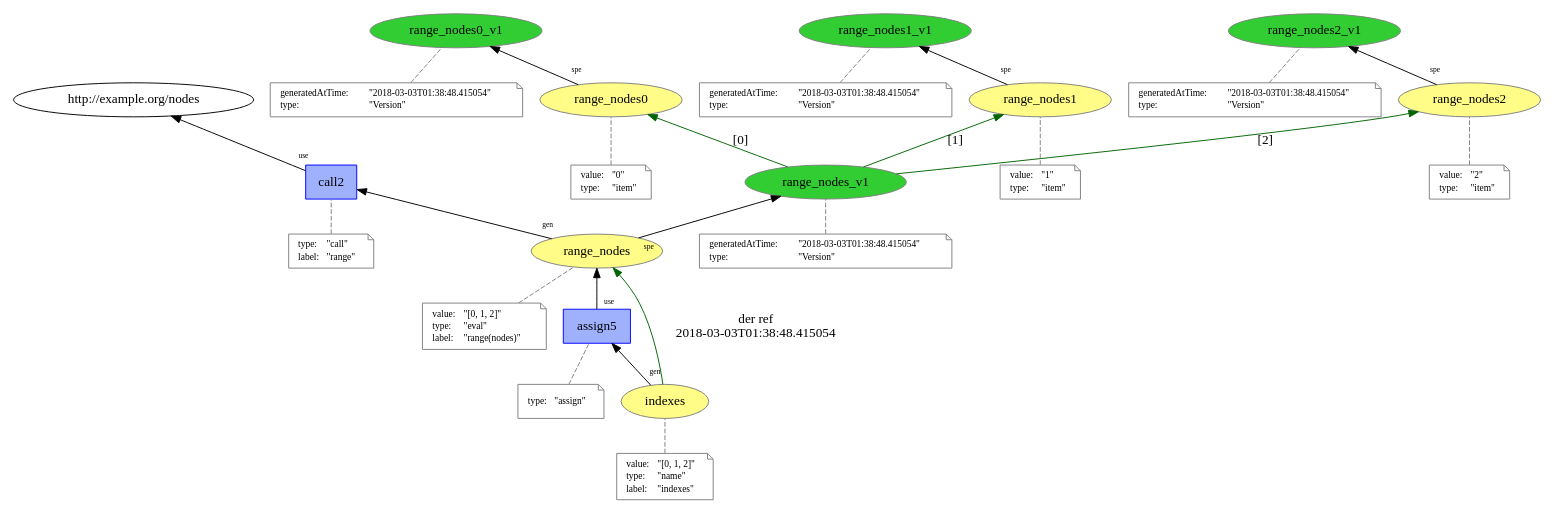
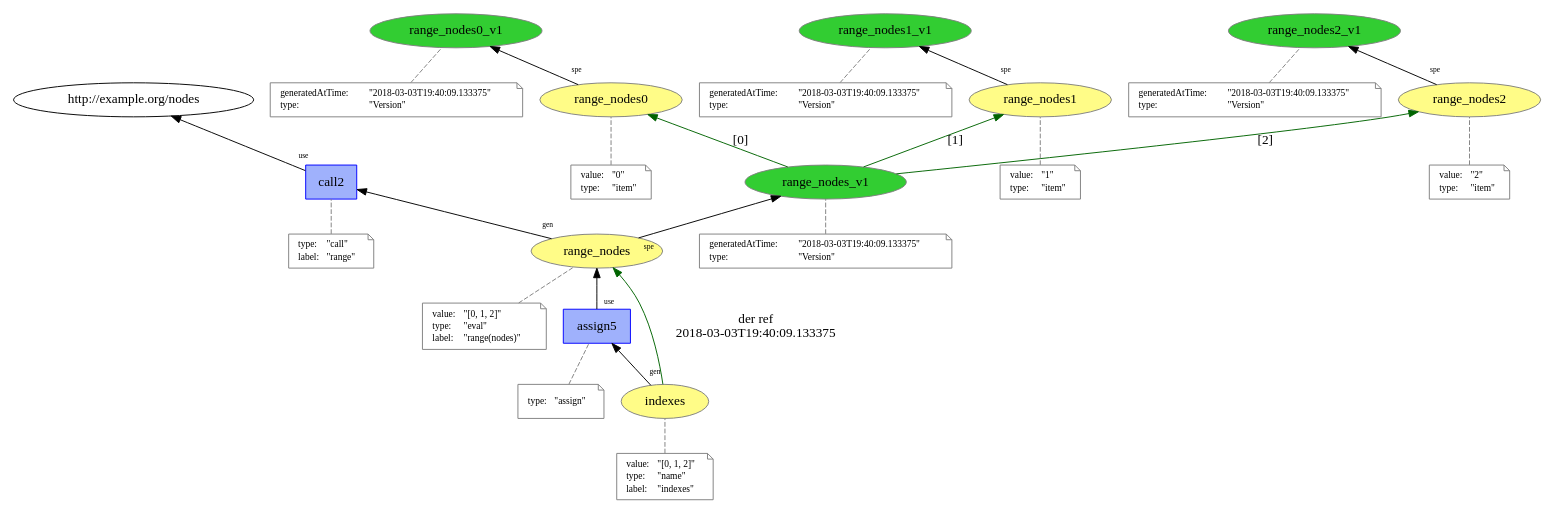
The diagram in intertwined_prov/temp/L8__func_call__list_assign.dot (dew-uff/versioned-prov), drawn with Graphviz before and after one commit. The commit also changed 1451 other files, not shown here.

```diff
--- a/intertwined_prov/temp/L8__func_call__list_assign.dot
+++ b/intertwined_prov/temp/L8__func_call__list_assign.dot
@@ -1,151 +1,151 @@
 digraph "PROV" { size="16,12"; rankdir="BT";
 "http://example.org/range_nodes" [fillcolor="#FFFC87",color="#808080",style="filled",label="range_nodes",URL="http://example.org/range_nodes"]
 "-attrs0" [color="gray",shape="note",fontsize="10",fontcolor="black",label=<<TABLE cellpadding="0" border="0">
 	<TR>
 	    <TD align="left">value:</TD>
 	    <TD align="left">&quot;[0, 1, 2]&quot;</TD>
 	</TR>
 	<TR>
 	    <TD align="left">type:</TD>
 	    <TD align="left">&quot;eval&quot;</TD>
 	</TR>
 	<TR>
 	    <TD align="left">label:</TD>
 	    <TD align="left">&quot;range(nodes)&quot;</TD>
 	</TR>
 </TABLE>>]
 "-attrs0" -> "http://example.org/range_nodes" [color="gray",style="dashed",arrowhead="none"]
 "http://example.org/range_nodes_v1" [fillcolor="#32CD32",color="#808080",style="filled",label="range_nodes_v1",URL="http://example.org/range_nodes_v1"]
 "-attrs1" [color="gray",shape="note",fontsize="10",fontcolor="black",label=<<TABLE cellpadding="0" border="0">
 	<TR>
 	    <TD align="left">generatedAtTime:</TD>
-	    <TD align="left">&quot;2018-03-03T01:38:48.415054&quot;</TD>
+	    <TD align="left">&quot;2018-03-03T19:40:09.133375&quot;</TD>
 	</TR>
 	<TR>
 	    <TD align="left">type:</TD>
 	    <TD align="left">&quot;Version&quot;</TD>
 	</TR>
 </TABLE>>]
 "-attrs1" -> "http://example.org/range_nodes_v1" [color="gray",style="dashed",arrowhead="none"]
 "http://example.org/range_nodes" -> "http://example.org/range_nodes_v1" [labelfontsize="8",labeldistance="1.5",labelangle="60.0",rotation="20",taillabel="spe"]
 "http://example.org/range_nodes0" [fillcolor="#FFFC87",color="#808080",style="filled",label="range_nodes0",URL="http://example.org/range_nodes0"]
 "-attrs2" [color="gray",shape="note",fontsize="10",fontcolor="black",label=<<TABLE cellpadding="0" border="0">
 	<TR>
 	    <TD align="left">value:</TD>
 	    <TD align="left">&quot;0&quot;</TD>
 	</TR>
 	<TR>
 	    <TD align="left">type:</TD>
 	    <TD align="left">&quot;item&quot;</TD>
 	</TR>
 </TABLE>>]
 "-attrs2" -> "http://example.org/range_nodes0" [color="gray",style="dashed",arrowhead="none"]
 "http://example.org/range_nodes0_v1" [fillcolor="#32CD32",color="#808080",style="filled",label="range_nodes0_v1",URL="http://example.org/range_nodes0_v1"]
 "-attrs3" [color="gray",shape="note",fontsize="10",fontcolor="black",label=<<TABLE cellpadding="0" border="0">
 	<TR>
 	    <TD align="left">generatedAtTime:</TD>
-	    <TD align="left">&quot;2018-03-03T01:38:48.415054&quot;</TD>
+	    <TD align="left">&quot;2018-03-03T19:40:09.133375&quot;</TD>
 	</TR>
 	<TR>
 	    <TD align="left">type:</TD>
 	    <TD align="left">&quot;Version&quot;</TD>
 	</TR>
 </TABLE>>]
 "-attrs3" -> "http://example.org/range_nodes0_v1" [color="gray",style="dashed",arrowhead="none"]
 "http://example.org/range_nodes0" -> "http://example.org/range_nodes0_v1" [labelfontsize="8",labeldistance="1.5",labelangle="60.0",rotation="20",taillabel="spe"]
 "http://example.org/range_nodes_v1" -> "http://example.org/range_nodes0" [labelfontsize="8",labeldistance="1.5",color="darkgreen",labelangle="60.0",rotation="20",label="[0]"]
 "http://example.org/range_nodes1" [fillcolor="#FFFC87",color="#808080",style="filled",label="range_nodes1",URL="http://example.org/range_nodes1"]
 "-attrs4" [color="gray",shape="note",fontsize="10",fontcolor="black",label=<<TABLE cellpadding="0" border="0">
 	<TR>
 	    <TD align="left">value:</TD>
 	    <TD align="left">&quot;1&quot;</TD>
 	</TR>
 	<TR>
 	    <TD align="left">type:</TD>
 	    <TD align="left">&quot;item&quot;</TD>
 	</TR>
 </TABLE>>]
 "-attrs4" -> "http://example.org/range_nodes1" [color="gray",style="dashed",arrowhead="none"]
 "http://example.org/range_nodes1_v1" [fillcolor="#32CD32",color="#808080",style="filled",label="range_nodes1_v1",URL="http://example.org/range_nodes1_v1"]
 "-attrs5" [color="gray",shape="note",fontsize="10",fontcolor="black",label=<<TABLE cellpadding="0" border="0">
 	<TR>
 	    <TD align="left">generatedAtTime:</TD>
-	    <TD align="left">&quot;2018-03-03T01:38:48.415054&quot;</TD>
+	    <TD align="left">&quot;2018-03-03T19:40:09.133375&quot;</TD>
 	</TR>
 	<TR>
 	    <TD align="left">type:</TD>
 	    <TD align="left">&quot;Version&quot;</TD>
 	</TR>
 </TABLE>>]
 "-attrs5" -> "http://example.org/range_nodes1_v1" [color="gray",style="dashed",arrowhead="none"]
 "http://example.org/range_nodes1" -> "http://example.org/range_nodes1_v1" [labelfontsize="8",labeldistance="1.5",labelangle="60.0",rotation="20",taillabel="spe"]
 "http://example.org/range_nodes_v1" -> "http://example.org/range_nodes1" [labelfontsize="8",labeldistance="1.5",color="darkgreen",labelangle="60.0",rotation="20",label="[1]"]
 "http://example.org/range_nodes2" [fillcolor="#FFFC87",color="#808080",style="filled",label="range_nodes2",URL="http://example.org/range_nodes2"]
 "-attrs6" [color="gray",shape="note",fontsize="10",fontcolor="black",label=<<TABLE cellpadding="0" border="0">
 	<TR>
 	    <TD align="left">value:</TD>
 	    <TD align="left">&quot;2&quot;</TD>
 	</TR>
 	<TR>
 	    <TD align="left">type:</TD>
 	    <TD align="left">&quot;item&quot;</TD>
 	</TR>
 </TABLE>>]
 "-attrs6" -> "http://example.org/range_nodes2" [color="gray",style="dashed",arrowhead="none"]
 "http://example.org/range_nodes2_v1" [fillcolor="#32CD32",color="#808080",style="filled",label="range_nodes2_v1",URL="http://example.org/range_nodes2_v1"]
 "-attrs7" [color="gray",shape="note",fontsize="10",fontcolor="black",label=<<TABLE cellpadding="0" border="0">
 	<TR>
 	    <TD align="left">generatedAtTime:</TD>
-	    <TD align="left">&quot;2018-03-03T01:38:48.415054&quot;</TD>
+	    <TD align="left">&quot;2018-03-03T19:40:09.133375&quot;</TD>
 	</TR>
 	<TR>
 	    <TD align="left">type:</TD>
 	    <TD align="left">&quot;Version&quot;</TD>
 	</TR>
 </TABLE>>]
 "-attrs7" -> "http://example.org/range_nodes2_v1" [color="gray",style="dashed",arrowhead="none"]
 "http://example.org/range_nodes2" -> "http://example.org/range_nodes2_v1" [labelfontsize="8",labeldistance="1.5",labelangle="60.0",rotation="20",taillabel="spe"]
 "http://example.org/range_nodes_v1" -> "http://example.org/range_nodes2" [labelfontsize="8",labeldistance="1.5",color="darkgreen",labelangle="60.0",rotation="20",label="[2]"]
 "http://example.org/call2" [fillcolor="#9FB1FC",color="#0000FF",shape="polygon",sides="4",style="filled",label="call2",URL="http://example.org/call2"]
 "-attrs8" [color="gray",shape="note",fontsize="10",fontcolor="black",label=<<TABLE cellpadding="0" border="0">
 	<TR>
 	    <TD align="left">type:</TD>
 	    <TD align="left">&quot;call&quot;</TD>
 	</TR>
 	<TR>
 	    <TD align="left">label:</TD>
 	    <TD align="left">&quot;range&quot;</TD>
 	</TR>
 </TABLE>>]
 "-attrs8" -> "http://example.org/call2" [color="gray",style="dashed",arrowhead="none"]
 "http://example.org/call2" -> "http://example.org/nodes" [labelfontsize="8",labeldistance="1.5",labelangle="60.0",rotation="20",taillabel="use"]
 "http://example.org/range_nodes" -> "http://example.org/call2" [labelfontsize="8",labeldistance="1.5",labelangle="60.0",rotation="20",taillabel="gen"]
 "http://example.org/indexes" [fillcolor="#FFFC87",color="#808080",style="filled",label="indexes",URL="http://example.org/indexes"]
 "-attrs9" [color="gray",shape="note",fontsize="10",fontcolor="black",label=<<TABLE cellpadding="0" border="0">
 	<TR>
 	    <TD align="left">value:</TD>
 	    <TD align="left">&quot;[0, 1, 2]&quot;</TD>
 	</TR>
 	<TR>
 	    <TD align="left">type:</TD>
 	    <TD align="left">&quot;name&quot;</TD>
 	</TR>
 	<TR>
 	    <TD align="left">label:</TD>
 	    <TD align="left">&quot;indexes&quot;</TD>
 	</TR>
 </TABLE>>]
 "-attrs9" -> "http://example.org/indexes" [color="gray",style="dashed",arrowhead="none"]
 "http://example.org/assign5" [fillcolor="#9FB1FC",color="#0000FF",shape="polygon",sides="4",style="filled",label="assign5",URL="http://example.org/assign5"]
 "-attrs10" [color="gray",shape="note",fontsize="10",fontcolor="black",label=<<TABLE cellpadding="0" border="0">
 	<TR>
 	    <TD align="left">type:</TD>
 	    <TD align="left">&quot;assign&quot;</TD>
 	</TR>
 </TABLE>>]
 "-attrs10" -> "http://example.org/assign5" [color="gray",style="dashed",arrowhead="none"]
 "http://example.org/assign5" -> "http://example.org/range_nodes" [labelfontsize="8",labeldistance="1.5",labelangle="60.0",rotation="20",taillabel="use"]
 "http://example.org/indexes" -> "http://example.org/range_nodes" [labelfontsize="8",labeldistance="1.5",color="darkgreen",labelangle="60.0",rotation="20",label="der ref
-2018-03-03T01:38:48.415054"]
+2018-03-03T19:40:09.133375"]
 "http://example.org/indexes" -> "http://example.org/assign5" [labelfontsize="8",labeldistance="1.5",labelangle="60.0",rotation="20",taillabel="gen"]
 }
```
